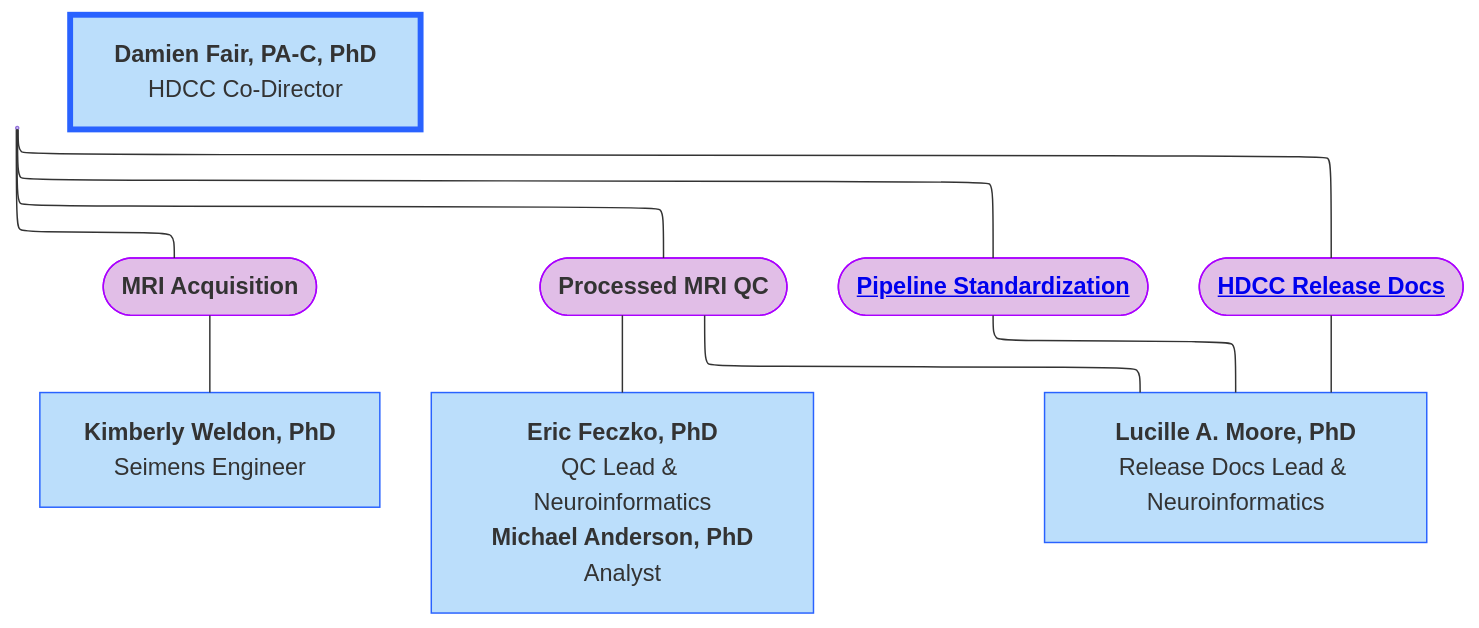
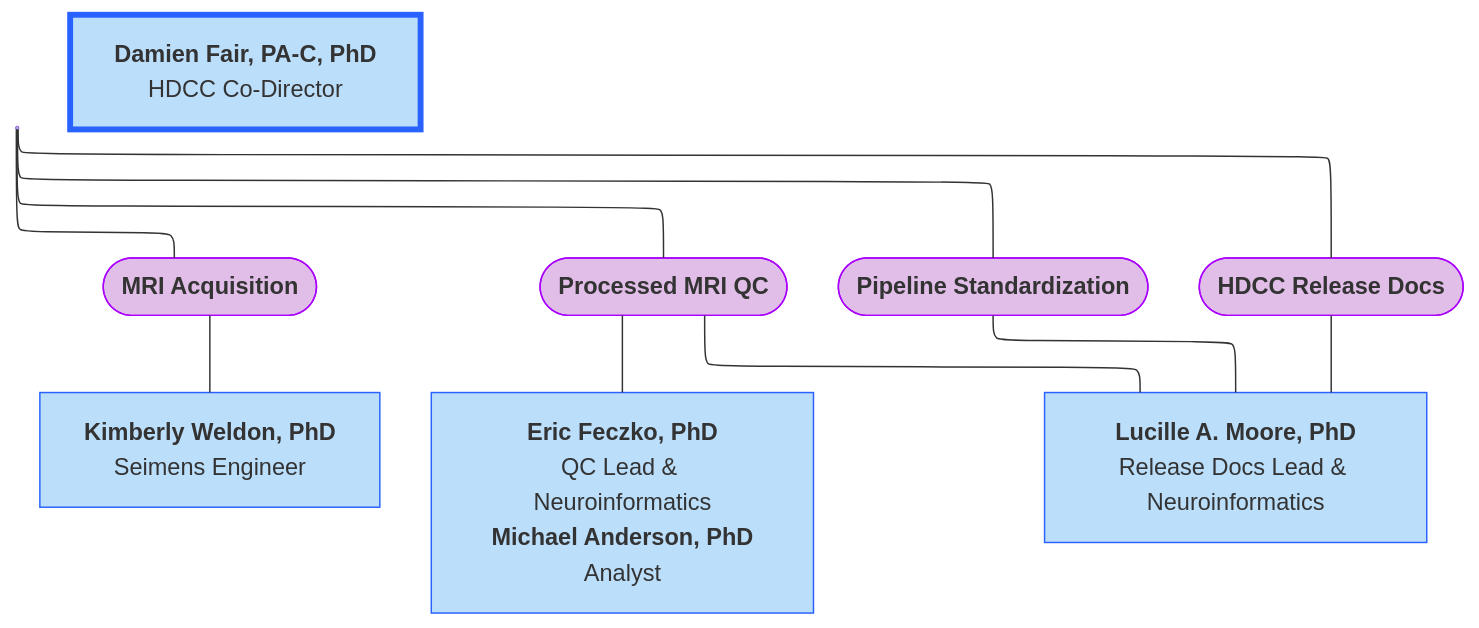
The diagram in docs/orgcharts/mermaid/cdni.mmd (DCAN-Labs/hbcd-docs-internal), drawn with Mermaid before and after one commit. The commit also changed 1 other file, not shown here.

Commit message:
cdni org chart

```diff
--- a/docs/orgcharts/mermaid/cdni.mmd
+++ b/docs/orgcharts/mermaid/cdni.mmd
@@ -1,24 +1,24 @@
 ---
 config:
   layout: elk
 ---
 flowchart TB
-    CDNI["<b>Damien Fair</b> HDCC Co-Director"] --- n2(["<b>MRI Acquisition</b>"]) & n3(["<b>Processed MRI QC</b>"]) & n7(["<a href="https://docs.hbcdstudy.org/latest/instruments/processing/standards/"><b>Pipeline Standardization</b></a>"]) & n10(["<a href="https://docs.hbcdstudy.org/"><b>HDCC Release Docs</b></a>"])
+    CDNI["<b>Damien Fair</b> HDCC Co-Director"] --- n2(["<b>MRI Acquisition</b>"]) & n3(["<b>Processed MRI QC</b>"]) & n7(["<b>Pipeline Standardization</b>"]) & n10(["<b>HDCC Release Docs</b>"])
     n2 --- n4["<b>Kimberly Weldon, PhD</b><br>Seimens Engineer"]
     n3 --- n5@{ label: "<b>Eric Feczko, PhD</b><br>QC Lead &amp; Neuroinformatics<br><span style=\"--tw-scale-x:\"><b>Michael Anderson, PhD</b><br></span>Analyst" } & n9["<b>Lucille A. Moore, PhD</b><br>Release Docs Lead &amp; Neuroinformatics"]
     n7 --- n9
     n10 --- n9
     n11["<b>Damien Fair, PA-C, PhD</b><br>HDCC Co-Director"] --> n2
     CDNI@{ shape: anchor}
     n5@{ shape: rect}
     n11@{ shape: rect}
     style CDNI fill:#BBDEFB,stroke:#2962FF
     style n2 fill:#E1BEE7,stroke:#AA00FF
     style n3 fill:#E1BEE7,stroke:#AA00FF
     style n7 fill:#E1BEE7,stroke:#AA00FF
     style n10 fill:#E1BEE7,stroke:#AA00FF
     style n4 fill:#BBDEFB,stroke:#2962FF
     style n5 fill:#BBDEFB,stroke:#2962FF
     style n9 fill:#BBDEFB,stroke:#2962FF
     style n11 fill:#BBDEFB,stroke:#2962FF,stroke-width:4px,stroke-dasharray: 0
     linkStyle 9 stroke:none,fill:none
```
